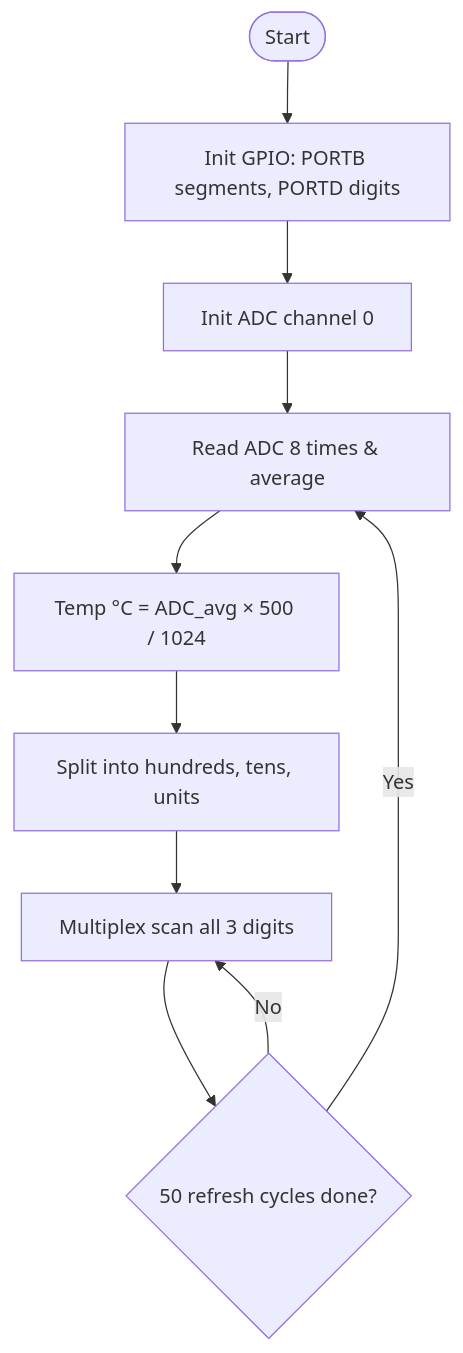
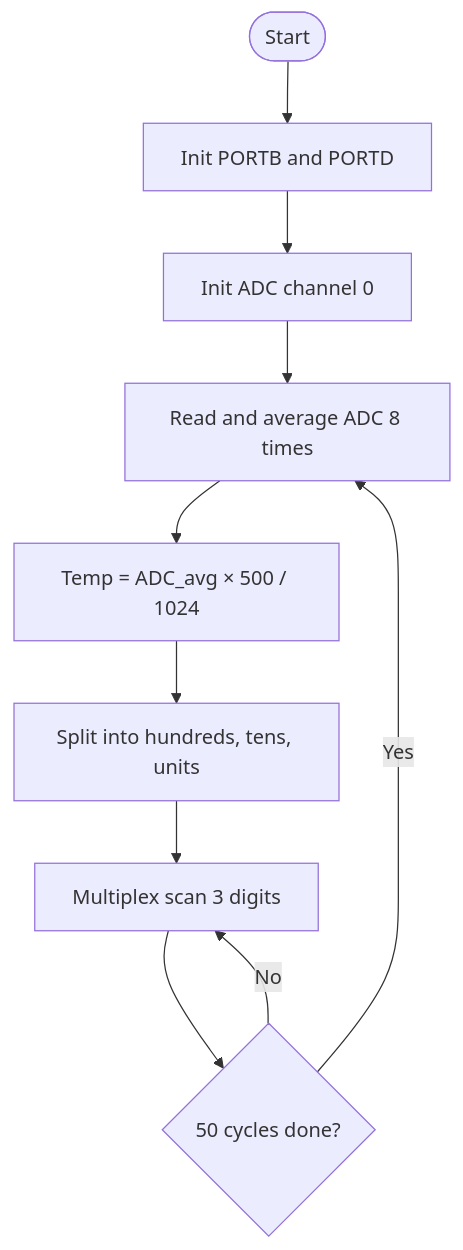
One commit to bishal189/simulations changed the diagram in q1-digital-thermometer/docs/flowchart.md. Above: the diagram before and after it, drawn with Mermaid. The commit also changed other lines of this file and 2 other files, not shown here.

````diff
--- a/q1-digital-thermometer/docs/flowchart.md
+++ b/q1-digital-thermometer/docs/flowchart.md
@@ -38,12 +30,12 @@
 ```mermaid
 flowchart TD
-    A([Start]) --> B[Init GPIO: PORTB segments, PORTD digits]
+    A([Start]) --> B[Init PORTB and PORTD]
     B --> C[Init ADC channel 0]
-    C --> D[Read ADC 8 times & average]
-    D --> E["Temp °C = ADC_avg × 500 / 1024"]
+    C --> D[Read and average ADC 8 times]
+    D --> E["Temp = ADC_avg × 500 / 1024"]
     E --> F[Split into hundreds, tens, units]
-    F --> G[Multiplex scan all 3 digits]
-    G --> H{50 refresh cycles done?}
+    F --> G[Multiplex scan 3 digits]
+    G --> H{50 cycles done?}
     H -->|No| G
     H -->|Yes| D
 ```
````
